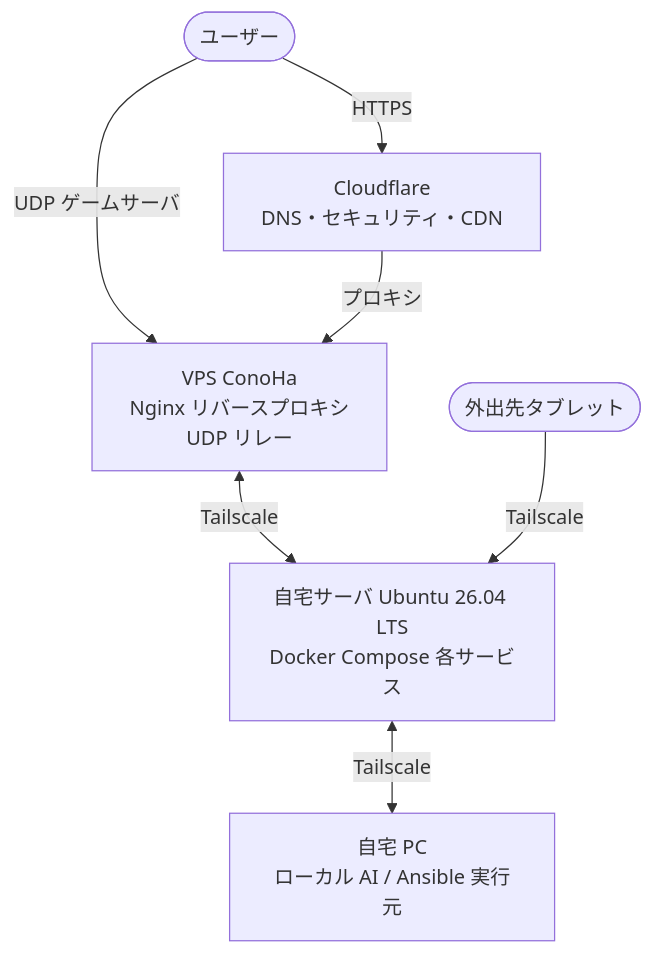
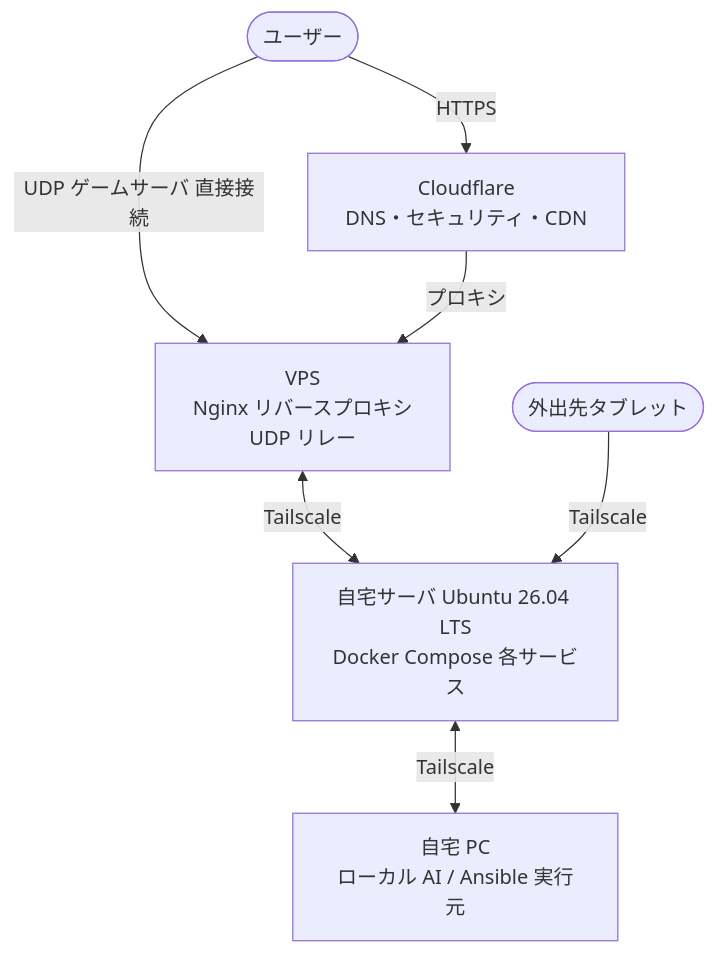
Before and after one commit to zoobookfool/homelab: the diagram in docs/portfolio.md, drawn with Mermaid. The commit also changed other lines of this file and 7 other files, not shown here.

````diff
--- a/docs/portfolio.md
+++ b/docs/portfolio.md
@@ -32,16 +33,16 @@
 ```mermaid
 graph TD
     User([ユーザー])
     Tablet([外出先タブレット])
     CF[Cloudflare\nDNS・セキュリティ・CDN]
-    VPS[VPS ConoHa\nNginx リバースプロキシ\nUDP リレー]
+    VPS[VPS\nNginx リバースプロキシ\nUDP リレー]
     HomeServer[自宅サーバ Ubuntu 26.04 LTS\nDocker Compose 各サービス]
     HomePC[自宅 PC\nローカル AI / Ansible 実行元]
 
     User -->|HTTPS| CF
-    User -->|UDP ゲームサーバ| VPS
+    User -->|UDP ゲームサーバ 直接接続| VPS
     CF -->|プロキシ| VPS
     VPS <-->|Tailscale| HomeServer
     HomeServer <-->|Tailscale| HomePC
     Tablet -->|Tailscale| HomeServer
 ```
````
